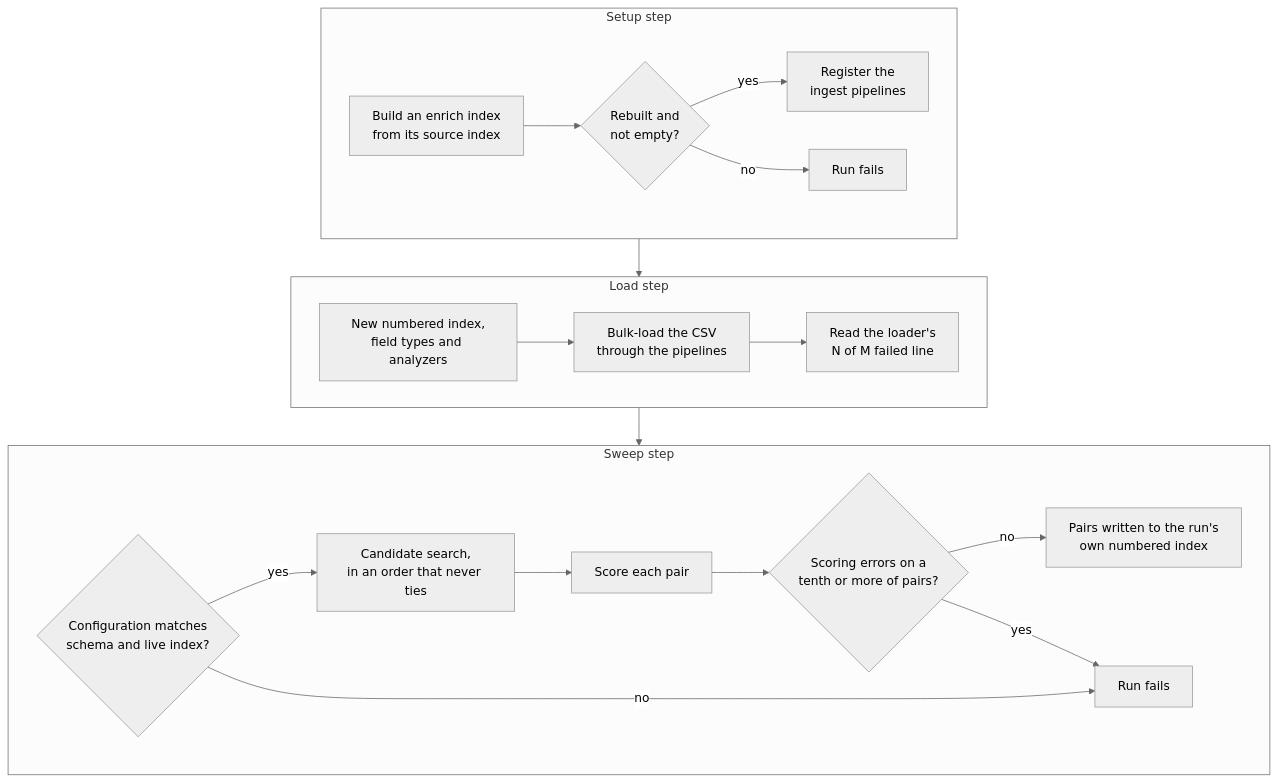
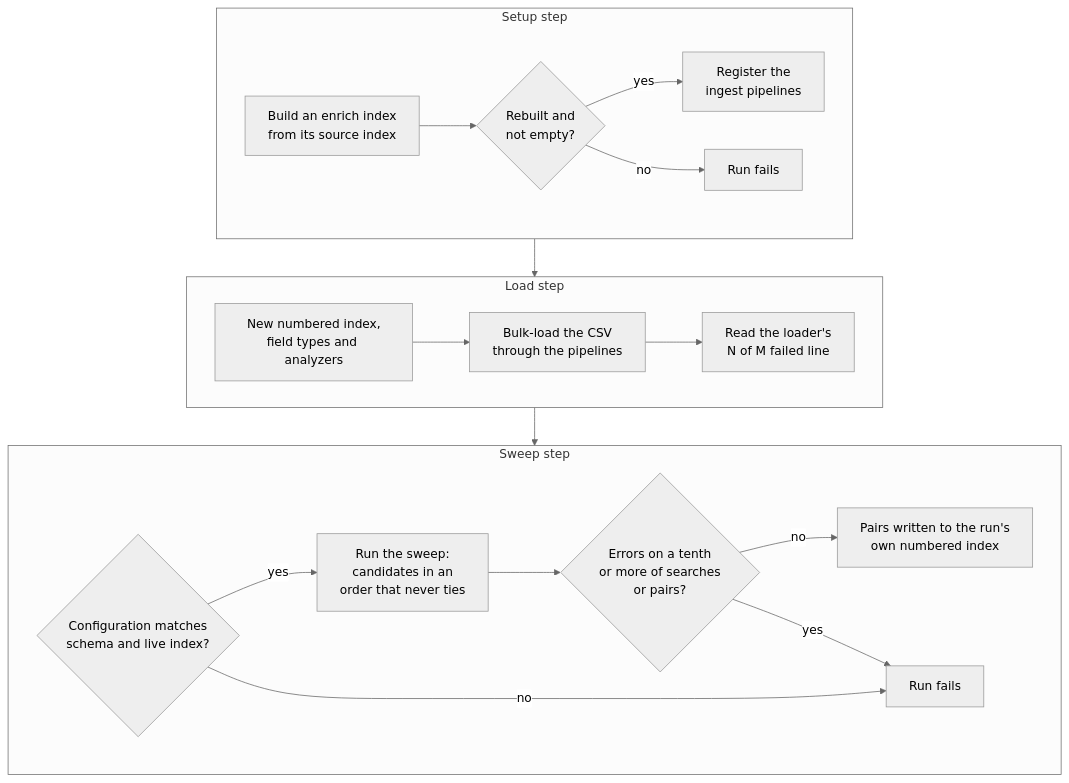
Before and after one commit to freemansoft/entitopia: the diagram in docs/blog/2026-08-30-03-configuration-driven-matching.md, drawn with Mermaid (neutral theme). The commit also changed 1 other file, not shown here.

Commit message:
docs: trim Article 3's run diagram to the checks that stop a run
The sweep row repeated Article 2's scoring diagram. It now shows only
the checks: the configuration against the live index, then errors on a
tenth or more of searches or pairs, which matches the fix in the defects
table.

````diff
--- a/docs/blog/2026-08-30-03-configuration-driven-matching.md
+++ b/docs/blog/2026-08-30-03-configuration-driven-matching.md
@@ -142,25 +142,24 @@
 ```mermaid
 flowchart TB
   subgraph E["Setup step"]
     direction LR
     EB["Build an enrich index<br/>from its source index"] --> EC{"Rebuilt and<br/>not empty?"}
     EC -- yes --> EP["Register the<br/>ingest pipelines"]
     EC -- no --> EF["Run fails"]
   end
   subgraph L["Load step"]
     direction LR
     LI["New numbered index,<br/>field types and analyzers"] --> LB["Bulk-load the CSV<br/>through the pipelines"]
     LB --> LR["Read the loader's<br/>N of M failed line"]
   end
   subgraph S["Sweep step"]
     direction LR
-    SV{"Configuration matches<br/>schema and live index?"} -- yes --> SC["Candidate search,<br/>in an order that never ties"]
-    SC --> SS["Score each pair"]
-    SS --> SE{"Scoring errors on a<br/>tenth or more of pairs?"}
+    SV{"Configuration matches<br/>schema and live index?"} -- yes --> SC["Run the sweep:<br/>candidates in an<br/>order that never ties"]
+    SC --> SE{"Errors on a tenth<br/>or more of searches<br/>or pairs?"}
     SE -- no --> SP["Pairs written to the run's<br/>own numbered index"]
     SV -- no --> SF["Run fails"]
     SE -- yes --> SF
   end
   E --> L
   L --> S
 ```
````
